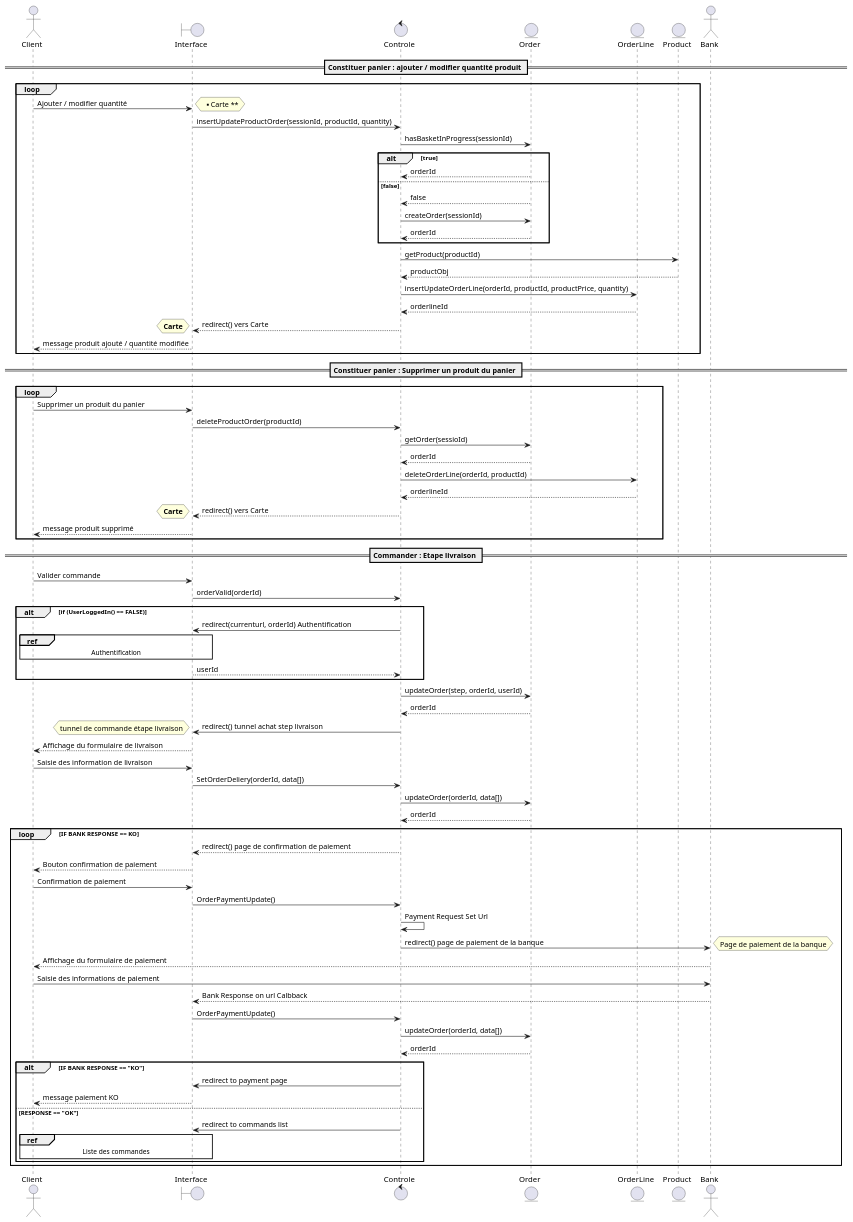
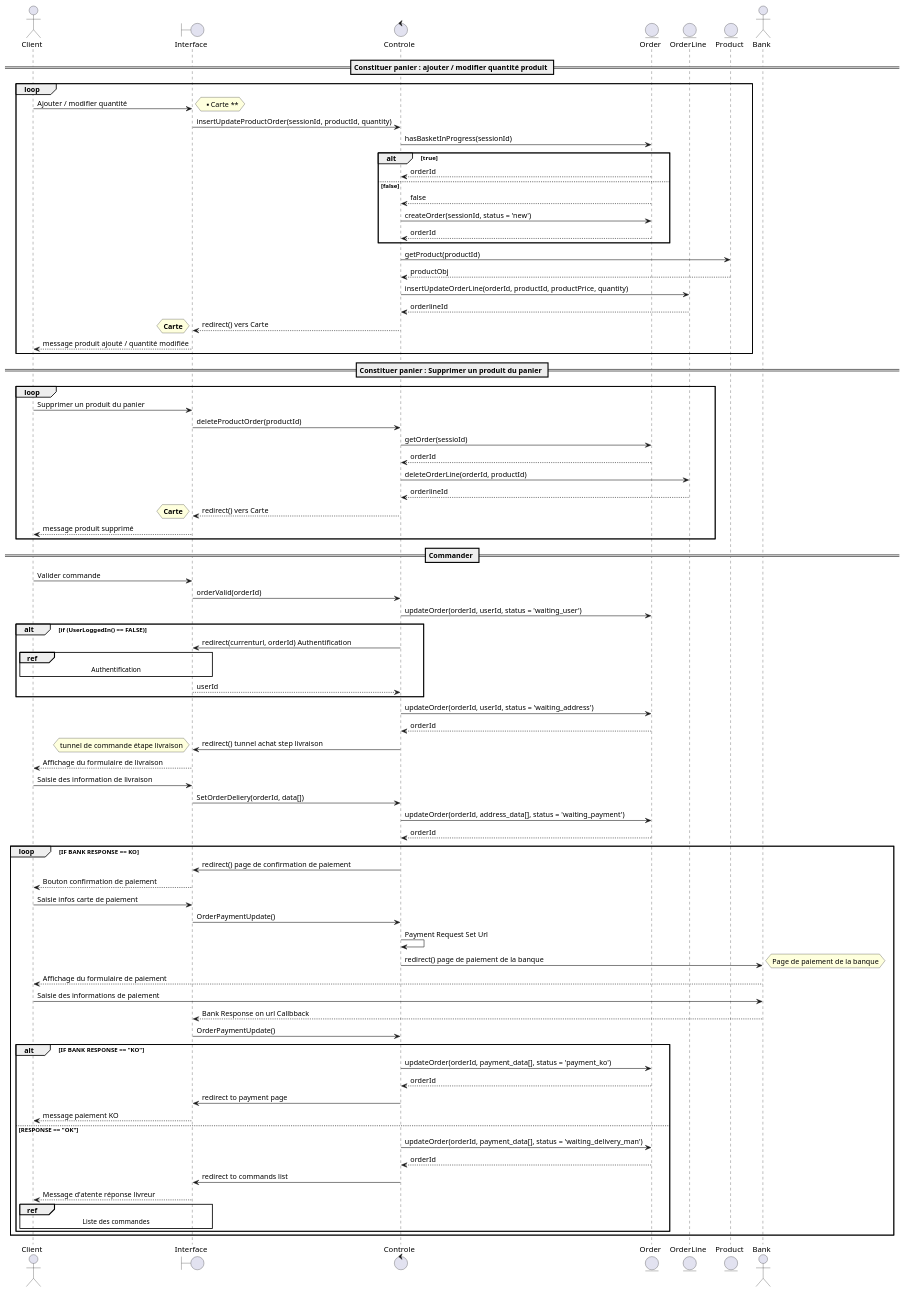
Before and after one commit to sjaulin/expressfood: the diagram in uml/sequence-command.plantuml, drawn with PlantUML. The commit also changed 1 other file, not shown here.

Commit message:
init delivery sequence plantuml

```diff
--- a/uml/sequence-command.plantuml
+++ b/uml/sequence-command.plantuml
@@ -1,81 +1,85 @@
 @startuml
 actor Client
 boundary Interface
 control Controle
 entity Order
 entity OrderLine
 entity Product
 actor Bank
 == Constituer panier : ajouter / modifier quantité produit ==
 loop
 Client -> Interface : Ajouter / modifier quantité
 hnote right : ** Carte **
 Interface -> Controle : insertUpdateProductOrder(sessionId, productId, quantity)
 Controle -> Order : hasBasketInProgress(sessionId)
 alt true
 Order --> Controle : orderId
 else false
 Order --> Controle : false
-Controle -> Order : createOrder(sessionId)
+Controle -> Order : createOrder(sessionId, status = 'new')
 Order --> Controle : orderId
 end
 Controle -> Product : getProduct(productId)
 Product --> Controle : productObj
 Controle -> OrderLine : insertUpdateOrderLine(orderId, productId, productPrice, quantity)
 OrderLine --> Controle : orderlineId
 Controle --> Interface : redirect() vers Carte
 hnote left: **Carte**
 Interface --> Client : message produit ajouté / quantité modifiée
 end
 == Constituer panier : Supprimer un produit du panier ==
 loop
 Client -> Interface : Supprimer un produit du panier
 Interface -> Controle : deleteProductOrder(productId)
 Controle -> Order : getOrder(sessioId)
 Order -->Controle : orderId
 Controle -> OrderLine : deleteOrderLine(orderId, productId)
 OrderLine --> Controle : orderlineId
 Controle --> Interface : redirect() vers Carte
 hnote left: **Carte**
 Interface --> Client : message produit supprimé
 end 
-== Commander : Etape livraison ==
+== Commander ==
 Client -> Interface : Valider commande
-Interface -> Controle : orderValid(orderId)
+Interface -> Controle : orderValid(orderId) 
+Controle -> Order : updateOrder(orderId, userId, status = 'waiting_user')
 alt if (UserLoggedIn() == FALSE)
 Controle -> Interface : redirect(currenturl, orderId) Authentification
 ref over Client, Interface : Authentification
 Interface --> Controle : userId
 end
-Controle -> Order : updateOrder(step, orderId, userId)
+Controle -> Order : updateOrder(orderId, userId, status = 'waiting_address')
 Order --> Controle : orderId
 Controle -> Interface : redirect() tunnel achat step livraison
 hnote left : tunnel de commande étape livraison
 Interface --> Client : Affichage du formulaire de livraison
 Client -> Interface : Saisie des information de livraison
 Interface -> Controle : SetOrderDeliery(orderId, data[])
-Controle -> Order : updateOrder(orderId, data[])
+Controle -> Order : updateOrder(orderId, address_data[], status = 'waiting_payment')
 Order --> Controle : orderId
 loop IF BANK RESPONSE == KO
-Controle --> Interface : redirect() page de confirmation de paiement
+Controle -> Interface : redirect() page de confirmation de paiement
 Interface --> Client : Bouton confirmation de paiement
-Client -> Interface : Confirmation de paiement
+Client -> Interface : Saisie infos carte de paiement
 Interface -> Controle : OrderPaymentUpdate()
 Controle -> Controle : Payment Request Set Url
 Controle -> Bank : redirect() page de paiement de la banque
 hnote right : Page de paiement de la banque
 Bank --> Client : Affichage du formulaire de paiement
 Client -> Bank : Saisie des informations de paiement
-Bank --> Interface : Bank Response on url Calbback
+Bank --> Interface : Bank Response on url Callbback
 Interface -> Controle : OrderPaymentUpdate()
-Controle -> Order : updateOrder(orderId, data[])
+alt IF BANK RESPONSE == "KO" 
+Controle -> Order : updateOrder(orderId, payment_data[], status = 'payment_ko')
 Order --> Controle : orderId
-alt IF BANK RESPONSE == "KO" 
 Controle -> Interface : redirect to payment page
 Interface --> Client : message paiement KO 
 else RESPONSE == "OK"
+Controle -> Order : updateOrder(orderId, payment_data[], status = 'waiting_delivery_man')
+Order --> Controle : orderId
 Controle -> Interface : redirect to commands list
+Interface --> Client : Message d'atente réponse livreur
 ref over Client, Interface : Liste des commandes
 end
 end
 @enduml
```
